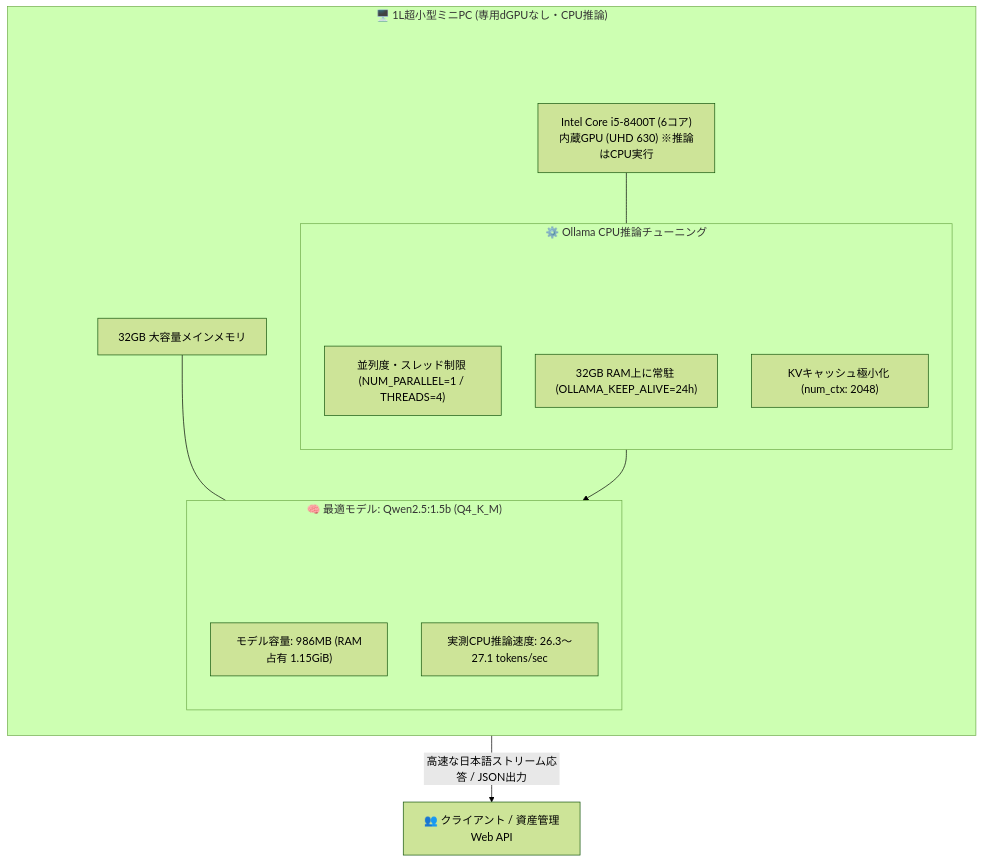
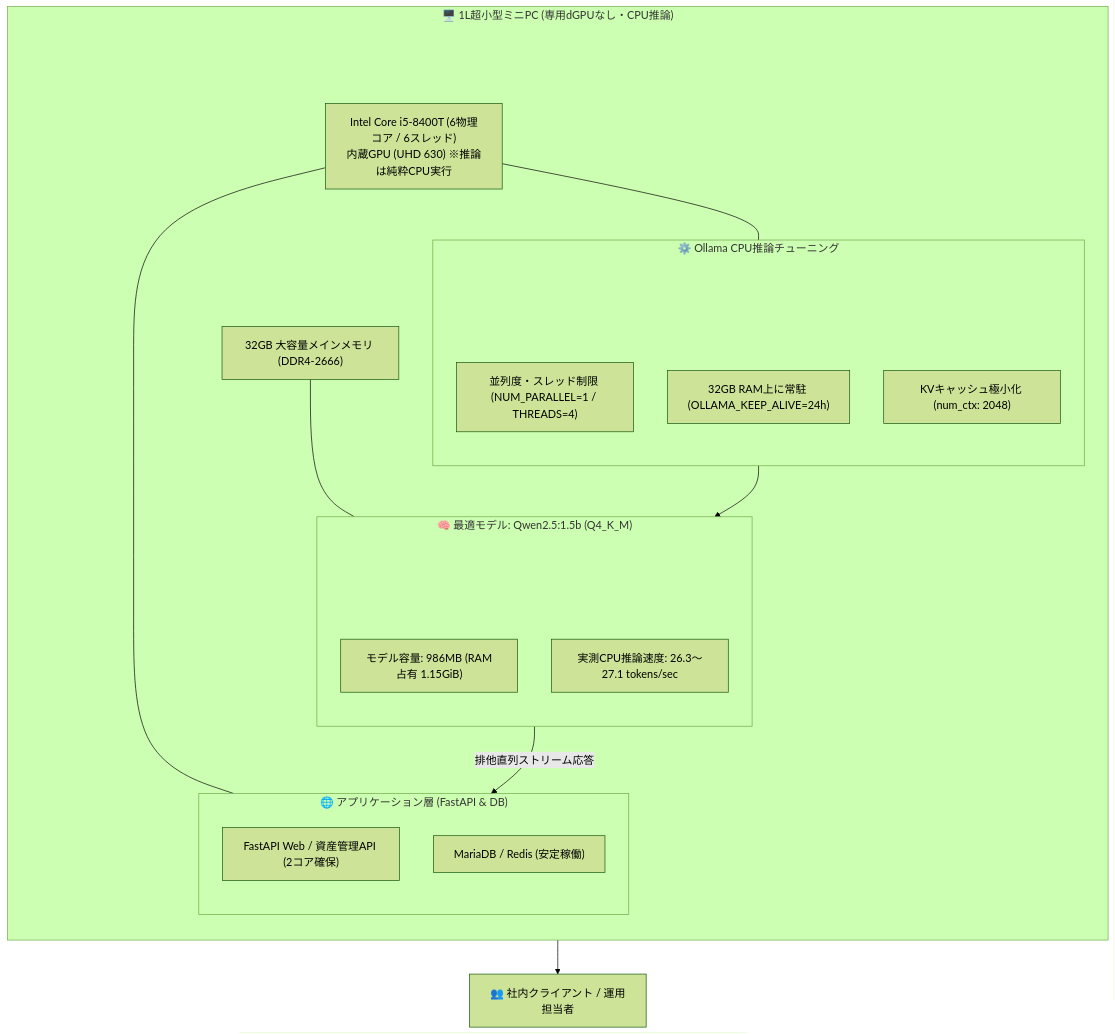
Before and after one commit to ojisantech/ojisan-arsenal: the first of 2 diagrams in QIITA_ARTICLE_DETAIL_23.md, drawn with Mermaid (forest theme). The commit also changed other lines of this file, not shown here.

Commit message:
docs: enrich QIITA_ARTICLE_DETAIL_23.md with complete architecture, code, pitfall analysis, and benchmark evidence

````diff
--- a/QIITA_ARTICLE_DETAIL_23.md
+++ b/QIITA_ARTICLE_DETAIL_23.md
@@ -31,32 +32,40 @@
 ```mermaid
 flowchart TD
     subgraph HostServer ["🖥️ 1L超小型ミニPC (専用dGPUなし・CPU推論)"]
         direction TB
         spacer_hostserver[" "] ~~~ CPU
         style spacer_hostserver fill:none,stroke:none;
-        CPU["Intel Core i5-8400T (6コア)<br/>内蔵GPU (UHD 630) ※推論はCPU実行"]
-        RAM["32GB 大容量メインメモリ"]
+        CPU["Intel Core i5-8400T (6物理コア / 6スレッド)<br/>内蔵GPU (UHD 630) ※推論は純粋CPU実行"]
+        RAM["32GB 大容量メインメモリ (DDR4-2666)"]
         
         subgraph OllamaConfig ["⚙️ Ollama CPU推論チューニング"]
             direction TB
             spacer_ollamaconfig[" "] ~~~ ThreadOpt
             style spacer_ollamaconfig fill:none,stroke:none;
             ThreadOpt["並列度・スレッド制限 (NUM_PARALLEL=1 / THREADS=4)"]
             KeepAlive["32GB RAM上に常駐 (OLLAMA_KEEP_ALIVE=24h)"]
             ContextWin["KVキャッシュ極小化 (num_ctx: 2048)"]
         end
 
         subgraph Model ["🧠 最適モデル: Qwen2.5:1.5b (Q4_K_M)"]
             direction TB
             spacer_model[" "] ~~~ Size
             style spacer_model fill:none,stroke:none;
             Size["モデル容量: 986MB (RAM占有 1.15GiB)"]
             Inference["実測CPU推論速度: 26.3〜27.1 tokens/sec"]
         end
+
+        subgraph AppServices ["🌐 アプリケーション層 (FastAPI & DB)"]
+            direction TB
+            FastAPI["FastAPI Web / 資産管理API (2コア確保)"]
+            DB["MariaDB / Redis (安定稼働)"]
+        end
     end
 
     CPU --- OllamaConfig
+    CPU --- AppServices
     RAM --- Model
     OllamaConfig --> Model
-    Model -->|"高速な日本語ストリーム応答 / JSON出力"| User["👥 クライアント / 資産管理Web API"]
+    Model -->|"排他直列ストリーム応答"| FastAPI
+    FastAPI --> User["👥 社内クライアント / 運用担当者"]
 ```
````
